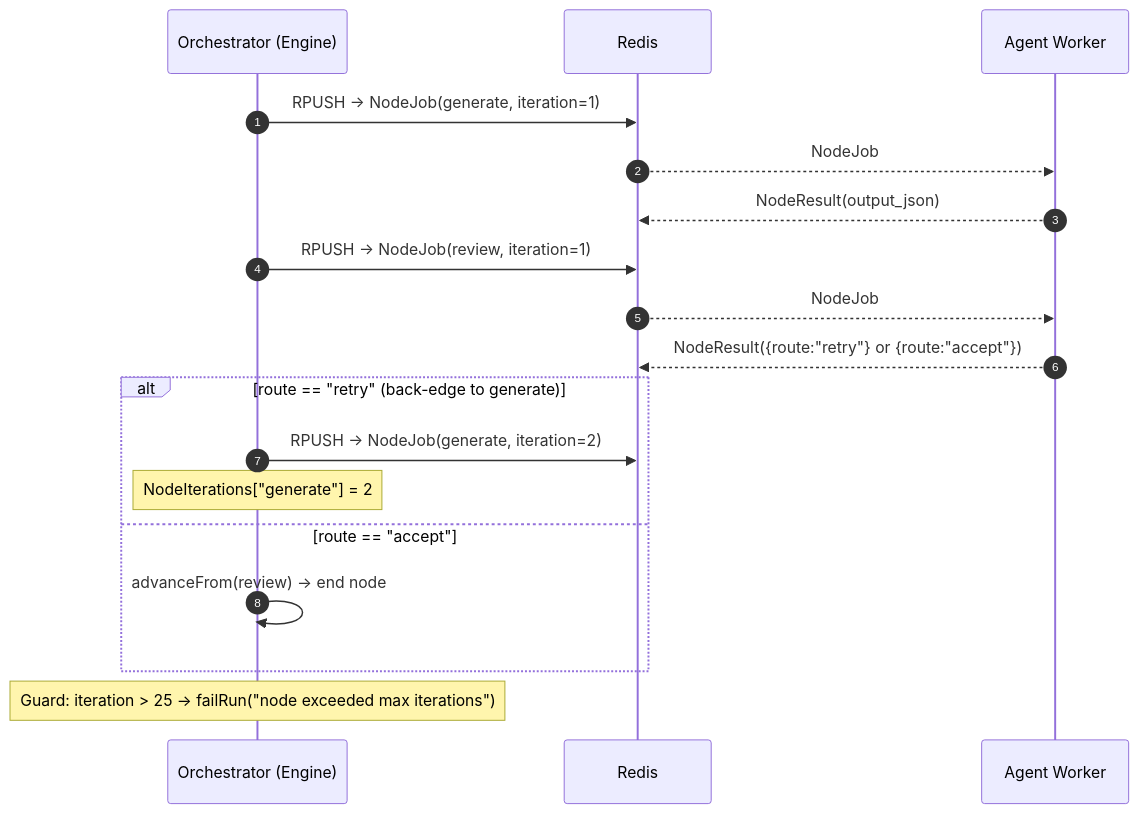
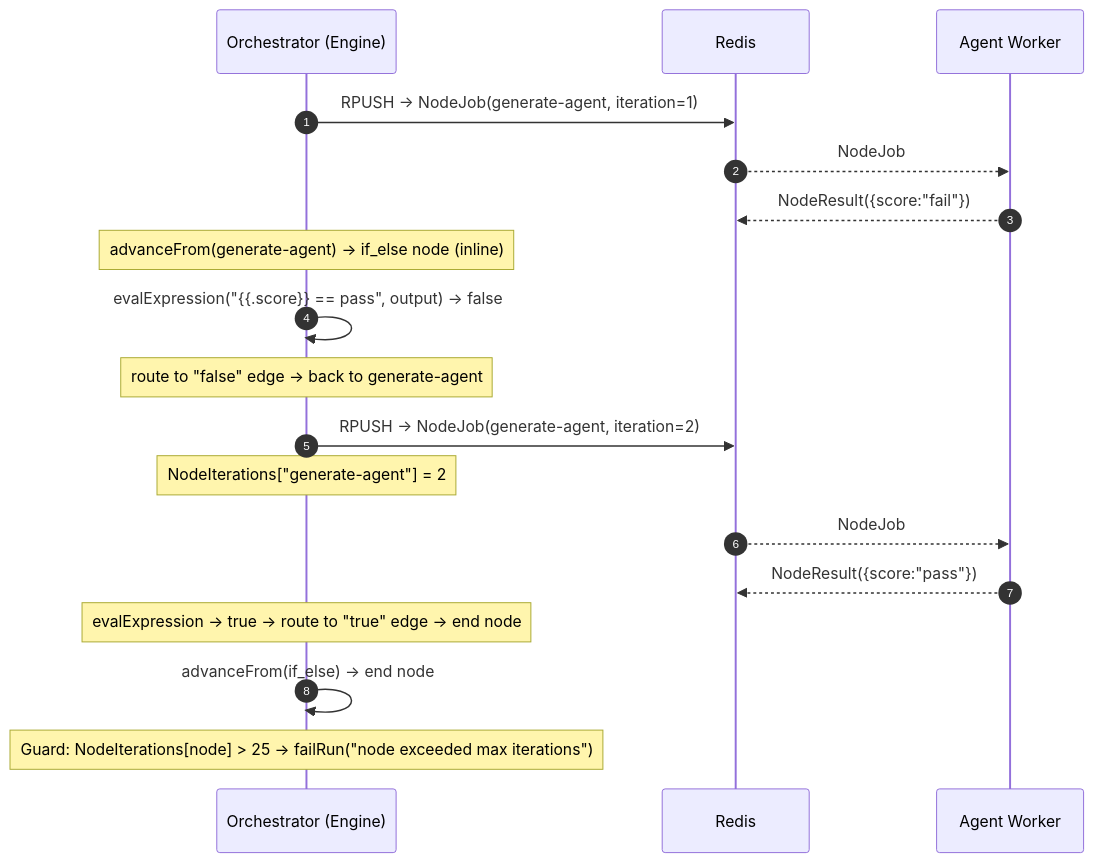
The fifth of 5 diagrams in docs/architecture/agent_layer/flow_sequence.md (Andrew-Bu1/Agent-Platform), drawn with Mermaid before and after one commit. The commit also changed other lines of this file and 15 other files, not shown here.

Commit message:
docs: architecture docs for all services

````diff
--- a/docs/architecture/agent_layer/flow_sequence.md
+++ b/docs/architecture/agent_layer/flow_sequence.md
@@ -140,24 +170,25 @@
 ```mermaid
 sequenceDiagram
     autonumber
     participant OR as Orchestrator (Engine)
     participant Redis as Redis
     participant WK as Agent Worker
 
-    OR->>Redis: RPUSH → NodeJob(generate, iteration=1)
+    OR->>Redis: RPUSH → NodeJob(generate-agent, iteration=1)
     Redis-->>WK: NodeJob
-    WK-->>Redis: NodeResult(output_json)
+    WK-->>Redis: NodeResult({score:"fail"})
 
-    OR->>Redis: RPUSH → NodeJob(review, iteration=1)
+    Note over OR: advanceFrom(generate-agent) → if_else node (inline)
+    OR->>OR: evalExpression("{{.score}} == pass", output) → false
+    Note over OR: route to "false" edge → back to generate-agent
+
+    OR->>Redis: RPUSH → NodeJob(generate-agent, iteration=2)
+    Note over OR: NodeIterations["generate-agent"] = 2
     Redis-->>WK: NodeJob
-    WK-->>Redis: NodeResult({route:"retry"} or {route:"accept"})
+    WK-->>Redis: NodeResult({score:"pass"})
 
-    alt route == "retry" (back-edge to generate)
-        OR->>Redis: RPUSH → NodeJob(generate, iteration=2)
-        Note over OR: NodeIterations["generate"] = 2
-    else route == "accept"
-        OR->>OR: advanceFrom(review) → end node
-    end
+    Note over OR: evalExpression → true → route to "true" edge → end node
+    OR->>OR: advanceFrom(if_else) → end node
 
-    Note over OR: Guard: iteration > 25 → failRun("node exceeded max iterations")
+    Note over OR: Guard: NodeIterations[node] > 25 → failRun("node exceeded max iterations")
 ```
````
